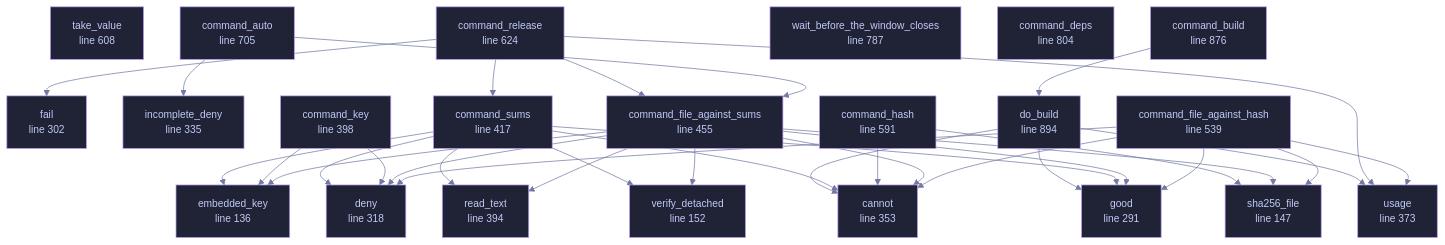
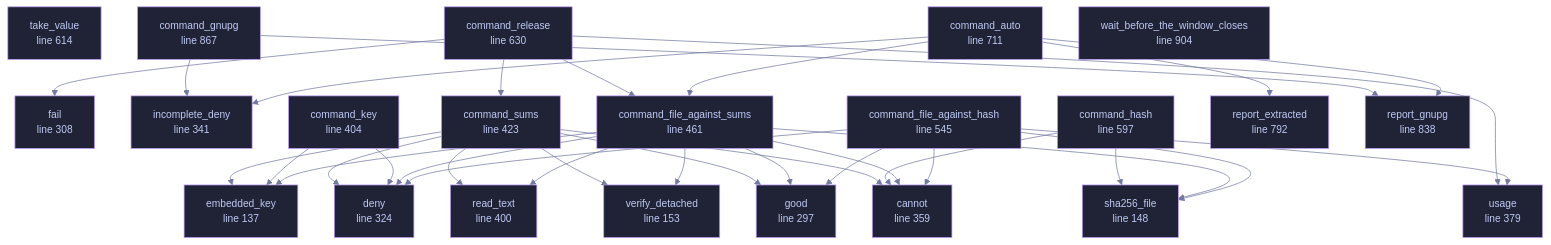
The diagram in docs/files/veilvoice-verify/main.md (tilas01/veilvoice), drawn with Mermaid before and after one commit. The commit also changed other lines of this file and 30 other files, not shown here.

First line of the commit message:
verify: roadmap item 91, the extracted folder and somebody else's GnuPG

````diff
--- a/docs/files/veilvoice-verify/main.md
+++ b/docs/files/veilvoice-verify/main.md
@@ -102,82 +102,82 @@
 ```mermaid
 %%{init: {"theme":"base","themeVariables":{"background":"#1a1b26","primaryColor":"#1f2335","primaryTextColor":"#c0caf5","primaryBorderColor":"#7aa2f7","secondaryColor":"#16161e","tertiaryColor":"#16161e","lineColor":"#737aa2","textColor":"#c0caf5","mainBkg":"#1f2335","nodeBorder":"#7aa2f7","clusterBkg":"#16161e","clusterBorder":"#2f3549","fontFamily":"ui-monospace, SFMono-Regular, Consolas, monospace","fontSize":"14px"}}}%%
 flowchart TD
-    n_embedded_key["embedded_key<br/>line 136"]
-    n_sha256_file["sha256_file<br/>line 147"]
-    n_verify_detached["verify_detached<br/>line 152"]
-    n_good["good<br/>line 291"]
-    n_fail["fail<br/>line 302"]
-    n_deny["deny<br/>line 318"]
-    n_incomplete_deny["incomplete_deny<br/>line 335"]
-    n_cannot["cannot<br/>line 353"]
-    n_usage["usage<br/>line 373"]
-    n_read_text["read_text<br/>line 394"]
-    n_command_key["command_key<br/>line 398"]
-    n_command_sums["command_sums<br/>line 417"]
-    n_command_file_against_sums["command_file_against_sums<br/>line 455"]
-    n_command_file_against_hash["command_file_against_hash<br/>line 539"]
-    n_command_hash["command_hash<br/>line 591"]
-    n_take_value["take_value<br/>line 608"]
-    n_command_release["command_release<br/>line 624"]
-    n_command_auto["command_auto<br/>line 705"]
-    n_wait_before_the_window_closes["wait_before_the_window_closes<br/>line 787"]
-    n_command_deps["command_deps<br/>line 804"]
-    n_command_build["command_build<br/>line 876"]
-    n_do_build["do_build<br/>line 894"]
+    n_embedded_key["embedded_key<br/>line 137"]
+    n_sha256_file["sha256_file<br/>line 148"]
+    n_verify_detached["verify_detached<br/>line 153"]
+    n_good["good<br/>line 297"]
+    n_fail["fail<br/>line 308"]
+    n_deny["deny<br/>line 324"]
+    n_incomplete_deny["incomplete_deny<br/>line 341"]
+    n_cannot["cannot<br/>line 359"]
+    n_usage["usage<br/>line 379"]
+    n_read_text["read_text<br/>line 400"]
+    n_command_key["command_key<br/>line 404"]
+    n_command_sums["command_sums<br/>line 423"]
+    n_command_file_against_sums["command_file_against_sums<br/>line 461"]
+    n_command_file_against_hash["command_file_against_hash<br/>line 545"]
+    n_command_hash["command_hash<br/>line 597"]
+    n_take_value["take_value<br/>line 614"]
+    n_command_release["command_release<br/>line 630"]
+    n_command_auto["command_auto<br/>line 711"]
+    n_report_extracted["report_extracted<br/>line 792"]
+    n_report_gnupg["report_gnupg<br/>line 838"]
+    n_command_gnupg["command_gnupg<br/>line 867"]
+    n_wait_before_the_window_closes["wait_before_the_window_closes<br/>line 904"]
     n_command_auto --> n_command_file_against_sums
     n_command_auto --> n_incomplete_deny
-    n_command_build --> n_do_build
+    n_command_auto --> n_report_extracted
+    n_command_auto --> n_report_gnupg
     n_command_file_against_hash --> n_cannot
     n_command_file_against_hash --> n_deny
     n_command_file_against_hash --> n_good
     n_command_file_against_hash --> n_sha256_file
     n_command_file_against_hash --> n_usage
     n_command_file_against_sums --> n_cannot
     n_command_file_against_sums --> n_deny
     n_command_file_against_sums --> n_embedded_key
     n_command_file_against_sums --> n_good
     n_command_file_against_sums --> n_read_text
     n_command_file_against_sums --> n_sha256_file
     n_command_file_against_sums --> n_verify_detached
+    n_command_gnupg --> n_incomplete_deny
+    n_command_gnupg --> n_report_gnupg
     n_command_hash --> n_cannot
     n_command_hash --> n_sha256_file
     n_command_key --> n_deny
     n_command_key --> n_embedded_key
     n_command_release --> n_command_file_against_sums
     n_command_release --> n_command_sums
     n_command_release --> n_fail
     n_command_release --> n_usage
     n_command_sums --> n_cannot
     n_command_sums --> n_deny
     n_command_sums --> n_embedded_key
     n_command_sums --> n_good
     n_command_sums --> n_read_text
     n_command_sums --> n_verify_detached
-    n_do_build --> n_cannot
-    n_do_build --> n_good
-    n_do_build --> n_usage
-    click n_embedded_key href "https://github.com/tilas01/veilvoice/blob/main/crates/veilvoice-verify/src/main.rs#L136" "open the source"
-    click n_sha256_file href "https://github.com/tilas01/veilvoice/blob/main/crates/veilvoice-verify/src/main.rs#L147" "open the source"
-    click n_verify_detached href "https://github.com/tilas01/veilvoice/blob/main/crates/veilvoice-verify/src/main.rs#L152" "open the source"
-    click n_good href "https://github.com/tilas01/veilvoice/blob/main/crates/veilvoice-verify/src/main.rs#L291" "open the source"
-    click n_fail href "https://github.com/tilas01/veilvoice/blob/main/crates/veilvoice-verify/src/main.rs#L302" "open the source"
-    click n_deny href "https://github.com/tilas01/veilvoice/blob/main/crates/veilvoice-verify/src/main.rs#L318" "open the source"
-    click n_incomplete_deny href "https://github.com/tilas01/veilvoice/blob/main/crates/veilvoice-verify/src/main.rs#L335" "open the source"
-    click n_cannot href "https://github.com/tilas01/veilvoice/blob/main/crates/veilvoice-verify/src/main.rs#L353" "open the source"
-    click n_usage href "https://github.com/tilas01/veilvoice/blob/main/crates/veilvoice-verify/src/main.rs#L373" "open the source"
-    click n_read_text href "https://github.com/tilas01/veilvoice/blob/main/crates/veilvoice-verify/src/main.rs#L394" "open the source"
-    click n_command_key href "https://github.com/tilas01/veilvoice/blob/main/crates/veilvoice-verify/src/main.rs#L398" "open the source"
-    click n_command_sums href "https://github.com/tilas01/veilvoice/blob/main/crates/veilvoice-verify/src/main.rs#L417" "open the source"
-    click n_command_file_against_sums href "https://github.com/tilas01/veilvoice/blob/main/crates/veilvoice-verify/src/main.rs#L455" "open the source"
-    click n_command_file_against_hash href "https://github.com/tilas01/veilvoice/blob/main/crates/veilvoice-verify/src/main.rs#L539" "open the source"
-    click n_command_hash href "https://github.com/tilas01/veilvoice/blob/main/crates/veilvoice-verify/src/main.rs#L591" "open the source"
-    click n_take_value href "https://github.com/tilas01/veilvoice/blob/main/crates/veilvoice-verify/src/main.rs#L608" "open the source"
-    click n_command_release href "https://github.com/tilas01/veilvoice/blob/main/crates/veilvoice-verify/src/main.rs#L624" "open the source"
-    click n_command_auto href "https://github.com/tilas01/veilvoice/blob/main/crates/veilvoice-verify/src/main.rs#L705" "open the source"
-    click n_wait_before_the_window_closes href "https://github.com/tilas01/veilvoice/blob/main/crates/veilvoice-verify/src/main.rs#L787" "open the source"
-    click n_command_deps href "https://github.com/tilas01/veilvoice/blob/main/crates/veilvoice-verify/src/main.rs#L804" "open the source"
-    click n_command_build href "https://github.com/tilas01/veilvoice/blob/main/crates/veilvoice-verify/src/main.rs#L876" "open the source"
-    click n_do_build href "https://github.com/tilas01/veilvoice/blob/main/crates/veilvoice-verify/src/main.rs#L894" "open the source"
+    click n_embedded_key href "https://github.com/tilas01/veilvoice/blob/main/crates/veilvoice-verify/src/main.rs#L137" "open the source"
+    click n_sha256_file href "https://github.com/tilas01/veilvoice/blob/main/crates/veilvoice-verify/src/main.rs#L148" "open the source"
+    click n_verify_detached href "https://github.com/tilas01/veilvoice/blob/main/crates/veilvoice-verify/src/main.rs#L153" "open the source"
+    click n_good href "https://github.com/tilas01/veilvoice/blob/main/crates/veilvoice-verify/src/main.rs#L297" "open the source"
+    click n_fail href "https://github.com/tilas01/veilvoice/blob/main/crates/veilvoice-verify/src/main.rs#L308" "open the source"
+    click n_deny href "https://github.com/tilas01/veilvoice/blob/main/crates/veilvoice-verify/src/main.rs#L324" "open the source"
+    click n_incomplete_deny href "https://github.com/tilas01/veilvoice/blob/main/crates/veilvoice-verify/src/main.rs#L341" "open the source"
+    click n_cannot href "https://github.com/tilas01/veilvoice/blob/main/crates/veilvoice-verify/src/main.rs#L359" "open the source"
+    click n_usage href "https://github.com/tilas01/veilvoice/blob/main/crates/veilvoice-verify/src/main.rs#L379" "open the source"
+    click n_read_text href "https://github.com/tilas01/veilvoice/blob/main/crates/veilvoice-verify/src/main.rs#L400" "open the source"
+    click n_command_key href "https://github.com/tilas01/veilvoice/blob/main/crates/veilvoice-verify/src/main.rs#L404" "open the source"
+    click n_command_sums href "https://github.com/tilas01/veilvoice/blob/main/crates/veilvoice-verify/src/main.rs#L423" "open the source"
+    click n_command_file_against_sums href "https://github.com/tilas01/veilvoice/blob/main/crates/veilvoice-verify/src/main.rs#L461" "open the source"
+    click n_command_file_against_hash href "https://github.com/tilas01/veilvoice/blob/main/crates/veilvoice-verify/src/main.rs#L545" "open the source"
+    click n_command_hash href "https://github.com/tilas01/veilvoice/blob/main/crates/veilvoice-verify/src/main.rs#L597" "open the source"
+    click n_take_value href "https://github.com/tilas01/veilvoice/blob/main/crates/veilvoice-verify/src/main.rs#L614" "open the source"
+    click n_command_release href "https://github.com/tilas01/veilvoice/blob/main/crates/veilvoice-verify/src/main.rs#L630" "open the source"
+    click n_command_auto href "https://github.com/tilas01/veilvoice/blob/main/crates/veilvoice-verify/src/main.rs#L711" "open the source"
+    click n_report_extracted href "https://github.com/tilas01/veilvoice/blob/main/crates/veilvoice-verify/src/main.rs#L792" "open the source"
+    click n_report_gnupg href "https://github.com/tilas01/veilvoice/blob/main/crates/veilvoice-verify/src/main.rs#L838" "open the source"
+    click n_command_gnupg href "https://github.com/tilas01/veilvoice/blob/main/crates/veilvoice-verify/src/main.rs#L867" "open the source"
+    click n_wait_before_the_window_closes href "https://github.com/tilas01/veilvoice/blob/main/crates/veilvoice-verify/src/main.rs#L904" "open the source"
     classDef helper fill:#1f2335,stroke:#bb9af7,color:#c0caf5
-    class n_embedded_key,n_sha256_file,n_verify_detached,n_good,n_fail,n_deny,n_incomplete_deny,n_cannot,n_usage,n_read_text,n_command_key,n_command_sums,n_command_file_against_sums,n_command_file_against_hash,n_command_hash,n_take_value,n_command_release,n_command_auto,n_wait_before_the_window_closes,n_command_deps,n_command_build,n_do_build helper
+    class n_embedded_key,n_sha256_file,n_verify_detached,n_good,n_fail,n_deny,n_incomplete_deny,n_cannot,n_usage,n_read_text,n_command_key,n_command_sums,n_command_file_against_sums,n_command_file_against_hash,n_command_hash,n_take_value,n_command_release,n_command_auto,n_report_extracted,n_report_gnupg,n_command_gnupg,n_wait_before_the_window_closes helper
 ```
````
